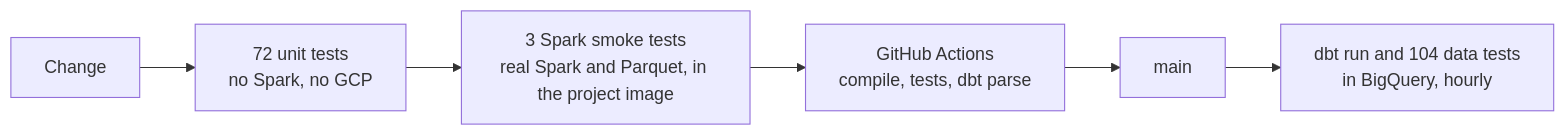
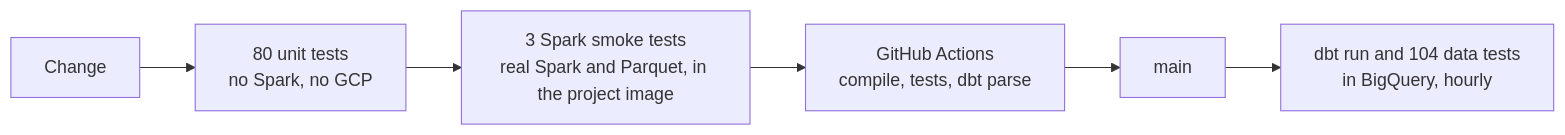
Before and after one commit to TomasRipsky/marineflow: the fifth of 5 diagrams in README.md, drawn with Mermaid. The commit also changed other lines of this file and 10 other files, not shown here.

````diff
--- a/README.md
+++ b/README.md
@@ -417,8 +426,8 @@
 ```mermaid
 flowchart LR
-    change["Change"] --> unit["72 unit tests<br/>no Spark, no GCP"]
+    change["Change"] --> unit["80 unit tests<br/>no Spark, no GCP"]
     unit --> smoke["3 Spark smoke tests<br/>real Spark and Parquet, in the project image"]
     smoke --> ci["GitHub Actions<br/>compile, tests, dbt parse"]
     ci --> main["main"]
     main --> dbt["dbt run and 104 data tests<br/>in BigQuery, hourly"]
 ```
````
